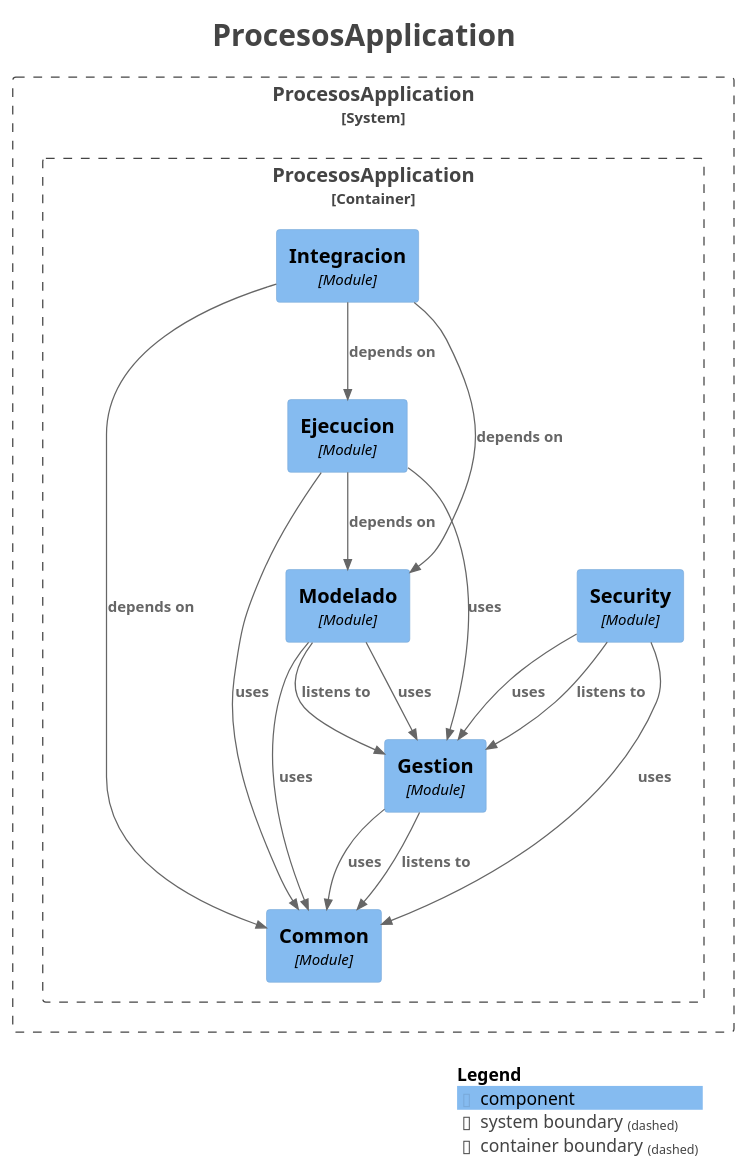
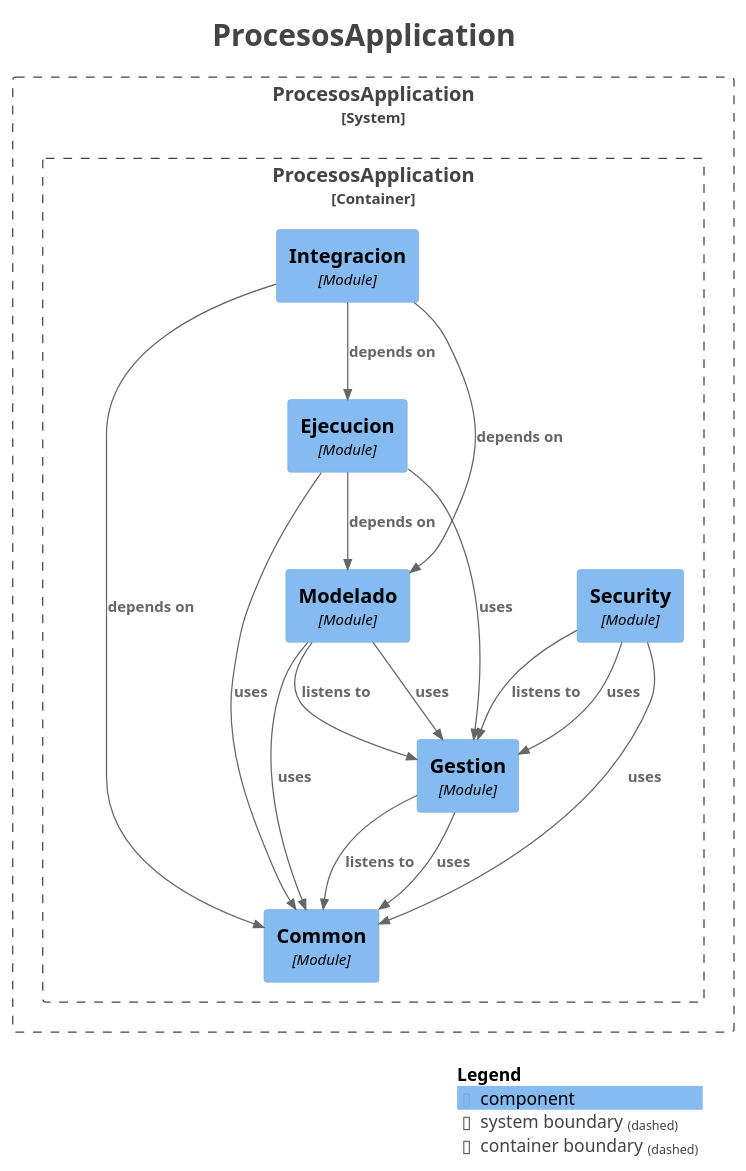
Before and after one commit to AndresContreras1/bpmn-process-manager-api: the diagram in docs/modules/components.puml, drawn with PlantUML. The commit also changed other lines of this file and 16 other files, not shown here.

```diff
--- a/docs/modules/components.puml
+++ b/docs/modules/components.puml
@@ -1,47 +1,47 @@
 @startuml
 title <size:24>ProcesosApplication</size>
 
 set separator none
 top to bottom direction
 
 <style>
   root {
     BackgroundColor: #ffffff
     FontColor: #444444
   }
 </style>
 
 !include <C4/C4>
 !include <C4/C4_Context>
 !include <C4/C4_Component>
 
 System_Boundary("ProcesosApplication_boundary", "ProcesosApplication", $tags="") {
   Container_Boundary("ProcesosApplication.ProcesosApplication_boundary", "ProcesosApplication", $tags="") {
     Component(ProcesosApplication.ProcesosApplication.Common, "Common", $techn="Module", $descr="", $tags="", $link="")
     Component(ProcesosApplication.ProcesosApplication.Gestion, "Gestion", $techn="Module", $descr="", $tags="", $link="")
     Component(ProcesosApplication.ProcesosApplication.Modelado, "Modelado", $techn="Module", $descr="", $tags="", $link="")
     Component(ProcesosApplication.ProcesosApplication.Security, "Security", $techn="Module", $descr="", $tags="", $link="")
     Component(ProcesosApplication.ProcesosApplication.Ejecucion, "Ejecucion", $techn="Module", $descr="", $tags="", $link="")
     Component(ProcesosApplication.ProcesosApplication.Integracion, "Integracion", $techn="Module", $descr="", $tags="", $link="")
   }
 
 }
 
-Rel(ProcesosApplication.ProcesosApplication.Gestion, ProcesosApplication.ProcesosApplication.Common, "uses", $techn="", $tags="", $link="")
+Rel(ProcesosApplication.ProcesosApplication.Security, ProcesosApplication.ProcesosApplication.Gestion, "uses", $techn="", $tags="", $link="")
+Rel(ProcesosApplication.ProcesosApplication.Security, ProcesosApplication.ProcesosApplication.Common, "uses", $techn="", $tags="", $link="")
 Rel(ProcesosApplication.ProcesosApplication.Modelado, ProcesosApplication.ProcesosApplication.Gestion, "listens to", $techn="", $tags="", $link="")
 Rel(ProcesosApplication.ProcesosApplication.Modelado, ProcesosApplication.ProcesosApplication.Gestion, "uses", $techn="", $tags="", $link="")
 Rel(ProcesosApplication.ProcesosApplication.Modelado, ProcesosApplication.ProcesosApplication.Common, "uses", $techn="", $tags="", $link="")
+Rel(ProcesosApplication.ProcesosApplication.Ejecucion, ProcesosApplication.ProcesosApplication.Modelado, "depends on", $techn="", $tags="", $link="")
+Rel(ProcesosApplication.ProcesosApplication.Ejecucion, ProcesosApplication.ProcesosApplication.Common, "uses", $techn="", $tags="", $link="")
+Rel(ProcesosApplication.ProcesosApplication.Ejecucion, ProcesosApplication.ProcesosApplication.Gestion, "uses", $techn="", $tags="", $link="")
+Rel(ProcesosApplication.ProcesosApplication.Gestion, ProcesosApplication.ProcesosApplication.Common, "listens to", $techn="", $tags="", $link="")
+Rel(ProcesosApplication.ProcesosApplication.Gestion, ProcesosApplication.ProcesosApplication.Common, "uses", $techn="", $tags="", $link="")
 Rel(ProcesosApplication.ProcesosApplication.Integracion, ProcesosApplication.ProcesosApplication.Ejecucion, "depends on", $techn="", $tags="", $link="")
 Rel(ProcesosApplication.ProcesosApplication.Integracion, ProcesosApplication.ProcesosApplication.Modelado, "depends on", $techn="", $tags="", $link="")
 Rel(ProcesosApplication.ProcesosApplication.Integracion, ProcesosApplication.ProcesosApplication.Common, "depends on", $techn="", $tags="", $link="")
-Rel(ProcesosApplication.ProcesosApplication.Ejecucion, ProcesosApplication.ProcesosApplication.Modelado, "depends on", $techn="", $tags="", $link="")
-Rel(ProcesosApplication.ProcesosApplication.Ejecucion, ProcesosApplication.ProcesosApplication.Common, "uses", $techn="", $tags="", $link="")
-Rel(ProcesosApplication.ProcesosApplication.Ejecucion, ProcesosApplication.ProcesosApplication.Gestion, "uses", $techn="", $tags="", $link="")
 Rel(ProcesosApplication.ProcesosApplication.Security, ProcesosApplication.ProcesosApplication.Gestion, "listens to", $techn="", $tags="", $link="")
-Rel(ProcesosApplication.ProcesosApplication.Security, ProcesosApplication.ProcesosApplication.Gestion, "uses", $techn="", $tags="", $link="")
-Rel(ProcesosApplication.ProcesosApplication.Security, ProcesosApplication.ProcesosApplication.Common, "uses", $techn="", $tags="", $link="")
-Rel(ProcesosApplication.ProcesosApplication.Gestion, ProcesosApplication.ProcesosApplication.Common, "listens to", $techn="", $tags="", $link="")
 
 SHOW_LEGEND(true)
 hide stereotypes
 @enduml
```
